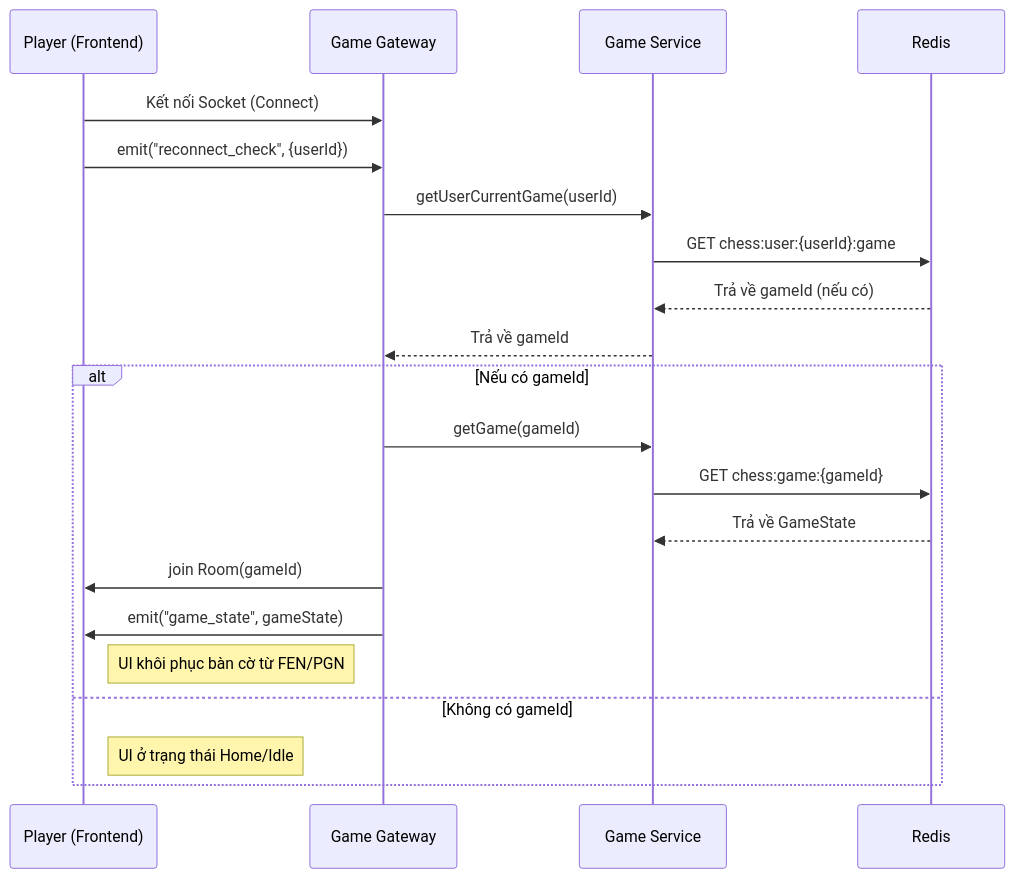
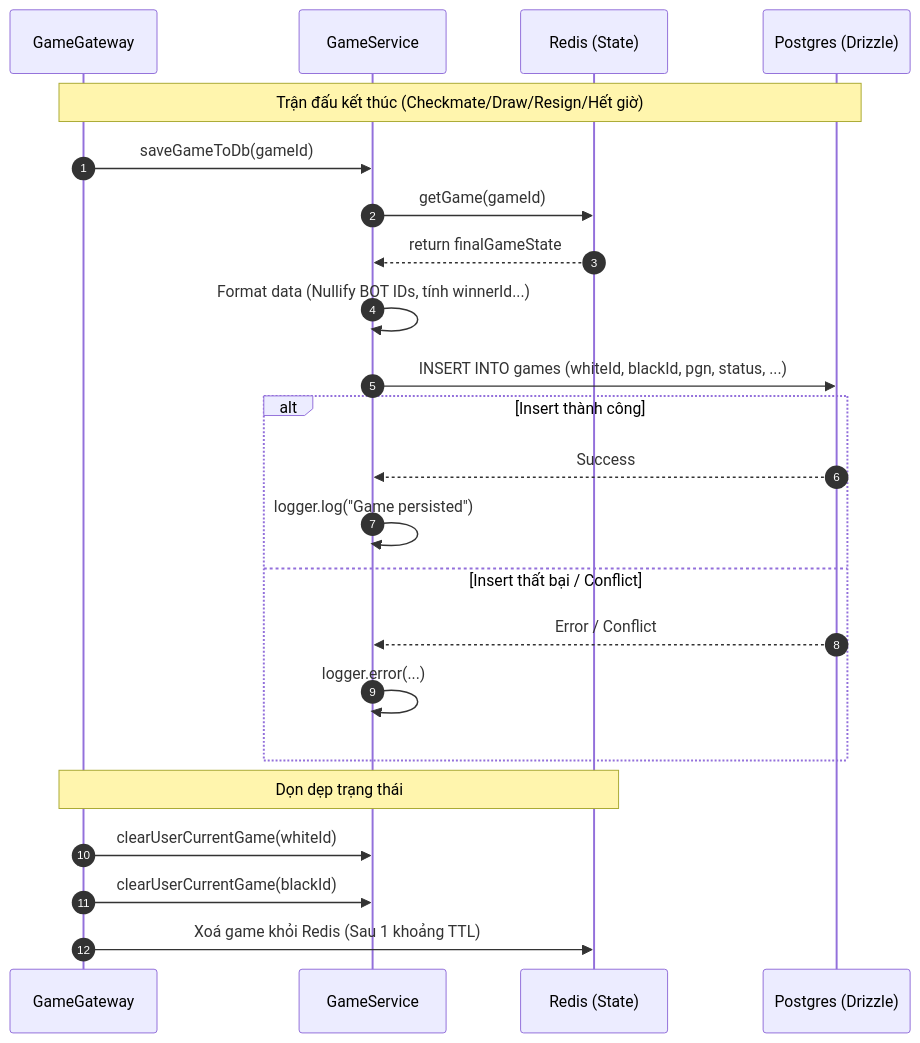
One commit to legiabao0907/web-chess-real-time changed the third of 3 diagrams in README.md. Above: the diagram before and after it, drawn with Mermaid. The commit also changed other lines of this file, not shown here.

````diff
--- a/README.md
+++ b/README.md
@@ -92,26 +88,29 @@
 ```mermaid
 sequenceDiagram
-    participant P as Player (Frontend)
-    participant GW as Game Gateway
-    participant GS as Game Service
-    participant R as Redis
-
-    P->>GW: Kết nối Socket (Connect)
-    P->>GW: emit("reconnect_check", {userId})
+    autonumber
+    participant GW as GameGateway
+    participant Svc as GameService
+    participant Redis as Redis (State)
+    participant DB as Postgres (Drizzle)
     
-    GW->>GS: getUserCurrentGame(userId)
-    GS->>R: GET chess:user:{userId}:game
-    R-->>GS: Trả về gameId (nếu có)
-    GS-->>GW: Trả về gameId
-
-    alt Nếu có gameId
-        GW->>GS: getGame(gameId)
-        GS->>R: GET chess:game:{gameId}
-        R-->>GS: Trả về GameState
-        GW->>P: join Room(gameId)
-        GW->>P: emit("game_state", gameState)
-        Note right of P: UI khôi phục bàn cờ từ FEN/PGN
-    else Không có gameId
-        Note right of P: UI ở trạng thái Home/Idle
+    Note over GW,DB: Trận đấu kết thúc (Checkmate/Draw/Resign/Hết giờ)
+    GW->>Svc: saveGameToDb(gameId)
+    Svc->>Redis: getGame(gameId)
+    Redis-->>Svc: return finalGameState
+    
+    Svc->>Svc: Format data (Nullify BOT IDs, tính winnerId...)
+    Svc->>DB: INSERT INTO games (whiteId, blackId, pgn, status, ...)
+    
+    alt Insert thành công
+        DB-->>Svc: Success
+        Svc->>Svc: logger.log("Game persisted")
+    else Insert thất bại / Conflict
+        DB-->>Svc: Error / Conflict
+        Svc->>Svc: logger.error(...)
     end
+    
+    Note over GW,Redis: Dọn dẹp trạng thái
+    GW->>Svc: clearUserCurrentGame(whiteId)
+    GW->>Svc: clearUserCurrentGame(blackId)
+    GW->>Redis: Xoá game khỏi Redis (Sau 1 khoảng TTL)
 ```
````
